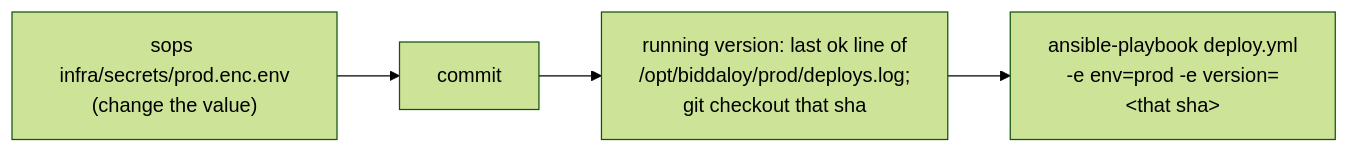
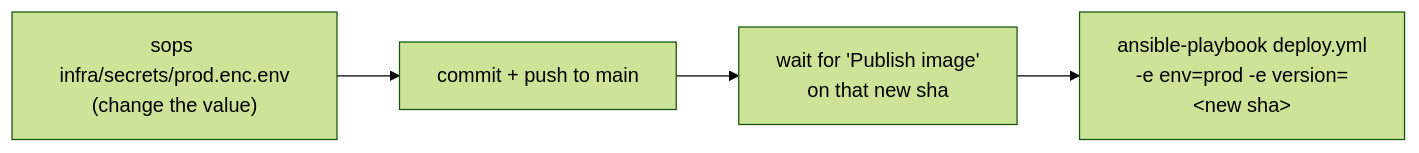
Before and after one commit to tareq89/biddaloy: diagram 11 of 11 in docs/architecture/12-operations.md, drawn with Mermaid (forest theme). The commit also changed other lines of this file and 4 other files, not shown here.

First line of the commit message:
docs(runbook): fix PR #2743 review - secrets from checkout, demo own host, move-VM restore, safe alert tests

````diff
--- a/docs/architecture/12-operations.md
+++ b/docs/architecture/12-operations.md
@@ -672,6 +675,6 @@
 ```mermaid
 flowchart LR
-  E["sops infra/secrets/prod.enc.env<br/>(change the value)"] --> C[commit]
-  C --> V["running version: last ok line of<br/>/opt/biddaloy/prod/deploys.log;<br/>git checkout that sha"]
-  V --> D["ansible-playbook deploy.yml<br/>-e env=prod -e version=&lt;that sha&gt;"]
+  E["sops infra/secrets/prod.enc.env<br/>(change the value)"] --> C["commit + push to main"]
+  C --> V["wait for 'Publish image'<br/>on that new sha"]
+  V --> D["ansible-playbook deploy.yml<br/>-e env=prod -e version=&lt;new sha&gt;"]
 ```
````
